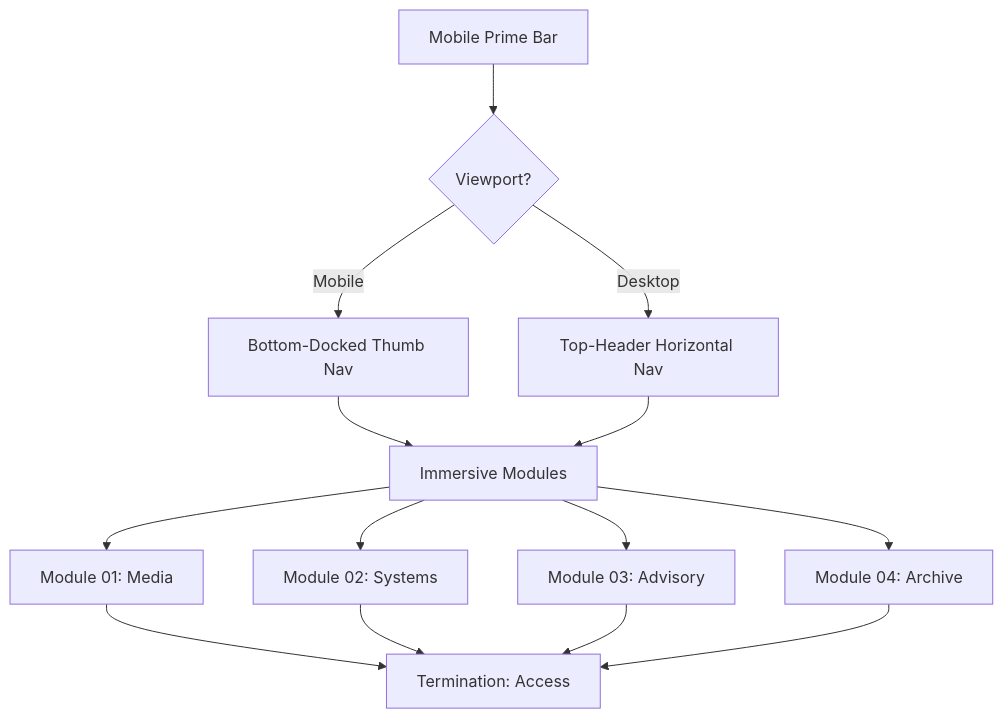
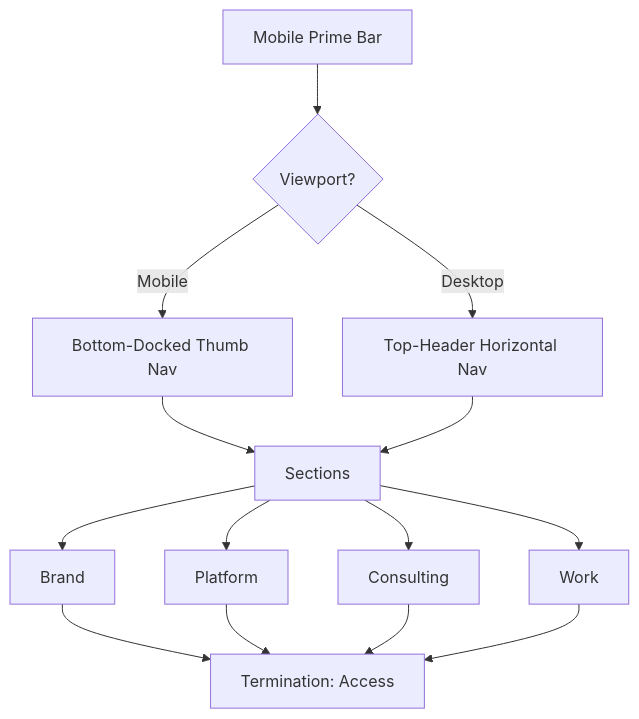
The diagram in README.md (4444J99/consilivm-simplex), drawn with Mermaid before and after one commit. The commit also changed other lines of this file and 7 other files, not shown here.

````diff
--- a/README.md
+++ b/README.md
@@ -24,13 +24,13 @@
 ```mermaid
 graph TD
     A[Mobile Prime Bar] --> B{Viewport?}
     B -- Mobile --> C[Bottom-Docked Thumb Nav]
     B -- Desktop --> D[Top-Header Horizontal Nav]
-    C --> E[Immersive Modules]
+    C --> E[Sections]
     D --> E
-    E --> F[Module 01: Media]
-    E --> G[Module 02: Systems]
-    E --> H[Module 03: Advisory]
-    E --> I[Module 04: Archive]
+    E --> F[Brand]
+    E --> G[Platform]
+    E --> H[Consulting]
+    E --> I[Work]
     F & G & H & I --> J[Termination: Access]
 ```
````
